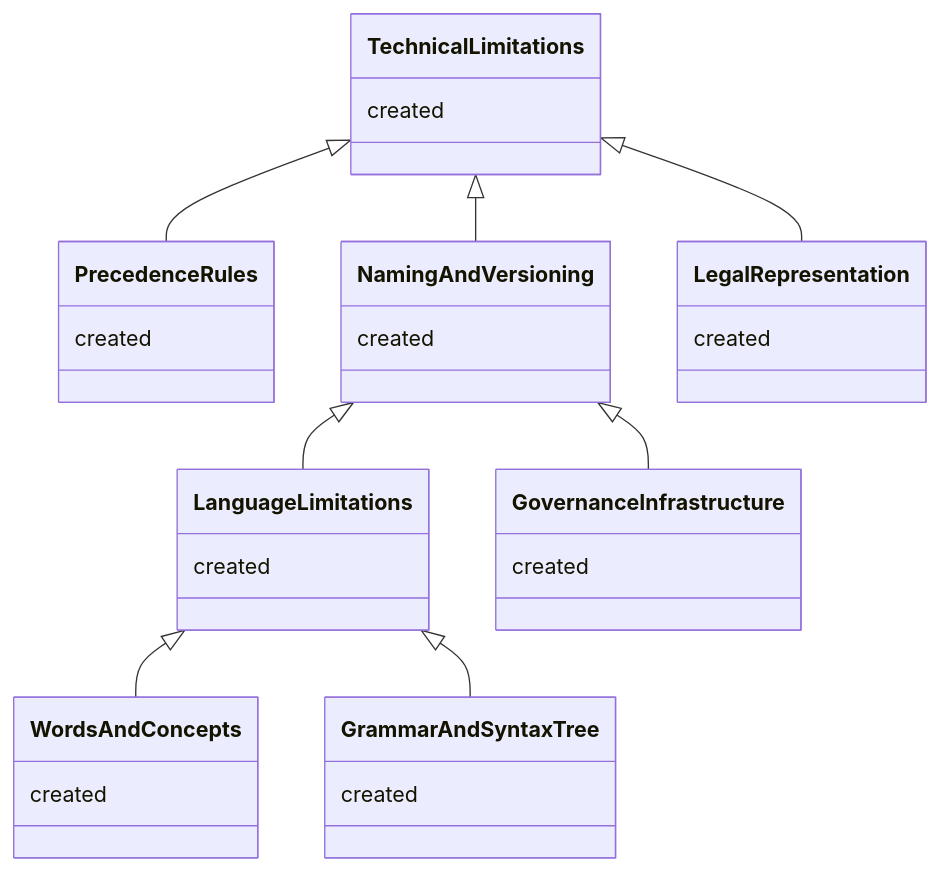
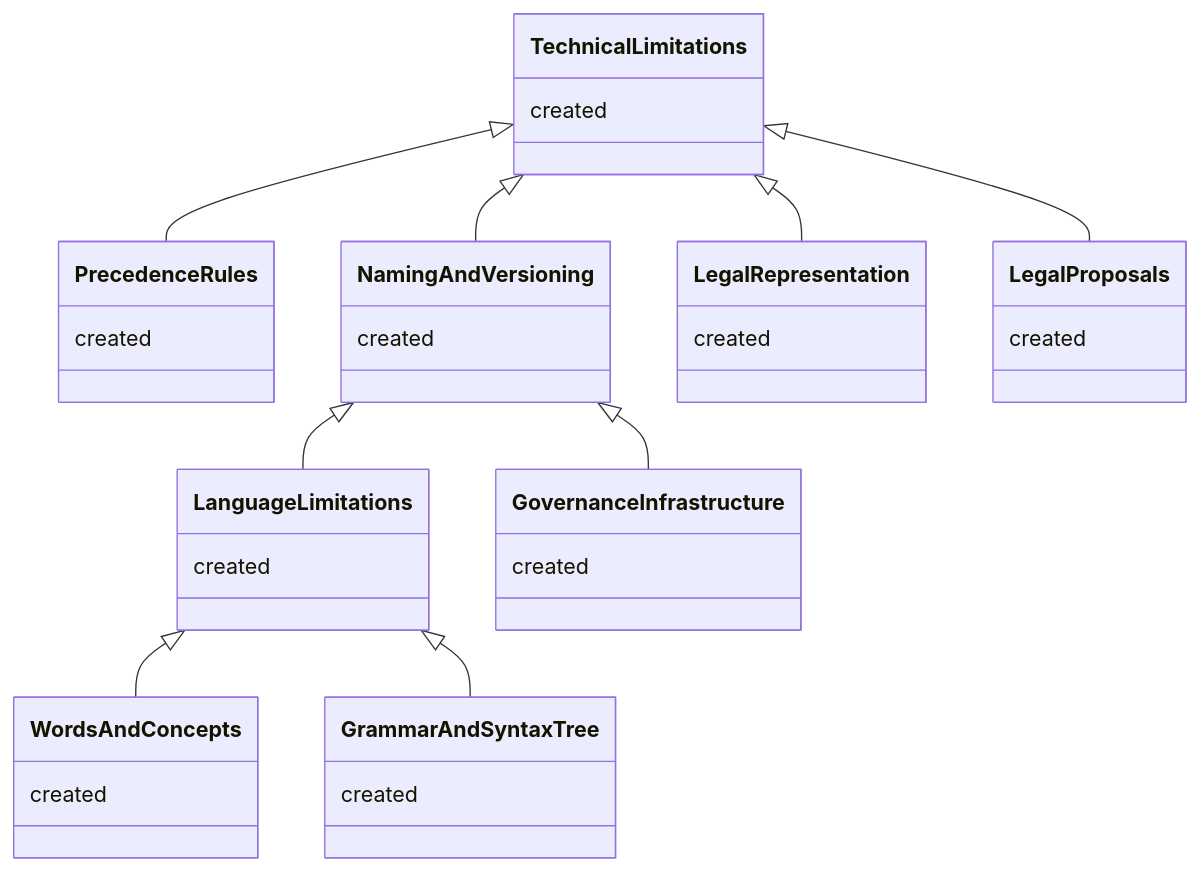
One commit to the-laurel/chain-proposals changed the second of 6 diagrams in laurel/PrecedenceGraph.md. Above: the diagram before and after it, drawn with Mermaid.

````diff
--- a/laurel/PrecedenceGraph.md
+++ b/laurel/PrecedenceGraph.md
@@ -20,53 +20,59 @@
 ```mermaid
 
 classDiagram
  class  Grammar And Syntax Tree {
   created
  }
  link Grammar And Syntax Tree "https://github.com/the-laurel/chain-proposals/blob/main/laurel/SyntaxTree.md" 
  
  class  Words And Concepts {
   created
  }
  link Words And Concepts "https://github.com/the-laurel/chain-proposals/blob/main/laurel/ConsensusWordsConcepts.md" 
 
  class  Language Limitations {
   created
  }
  link Language Limitations "https://github.com/the-laurel/chain-proposals/blob/main/laurel/LanguageLimitations.md" 
  
 class  Precedence Rules {
   created
  }
  link Precedence Rules "https://github.com/the-laurel/chain-proposals/blob/main/laurel/Precedence.md" 
  
 class Governance Infrastructure {
   created
 }
 link Governance Infrastructure "https://github.com/the-laurel/chain-proposals/blob/main/laurel/GovernanceInfrastructure.md" 
 
 class Naming And Versioning {
   created
 }
 link Naming And Versioning "https://github.com/the-laurel/chain-proposals/blob/main/laurel/NamingAndVersioning.md" 
 
 class Legal Representation {
   created
 }
 link Legal Representation "https://github.com/the-laurel/chain-proposals/blob/main/laurel/LegalRepresentation.md" 
 
+class Legal Proposals {
+  created
+}
+link Legal Proposals "https://github.com/the-laurel/chain-proposals/blob/main/laurel/OnlyLegal.md" 
+
 class Technical Limitations {
   created
 }
 link Technical Limitations "https://github.com/the-laurel/chain-proposals/blob/main/laurel/BasicRules.md" 
 
 
 Language Limitations <|-- Words And Concepts
 Language Limitations <|-- Grammar And Syntax Tree
 Naming And Versioning <|-- Language Limitations
 Naming And Versioning <|-- Governance Infrastructure
 Technical Limitations <|-- Naming And Versioning
 Technical Limitations <|-- Precedence Rules
 Technical Limitations <|-- Legal Representation
+Technical Limitations <|-- Legal Proposals
 
 ```
````
